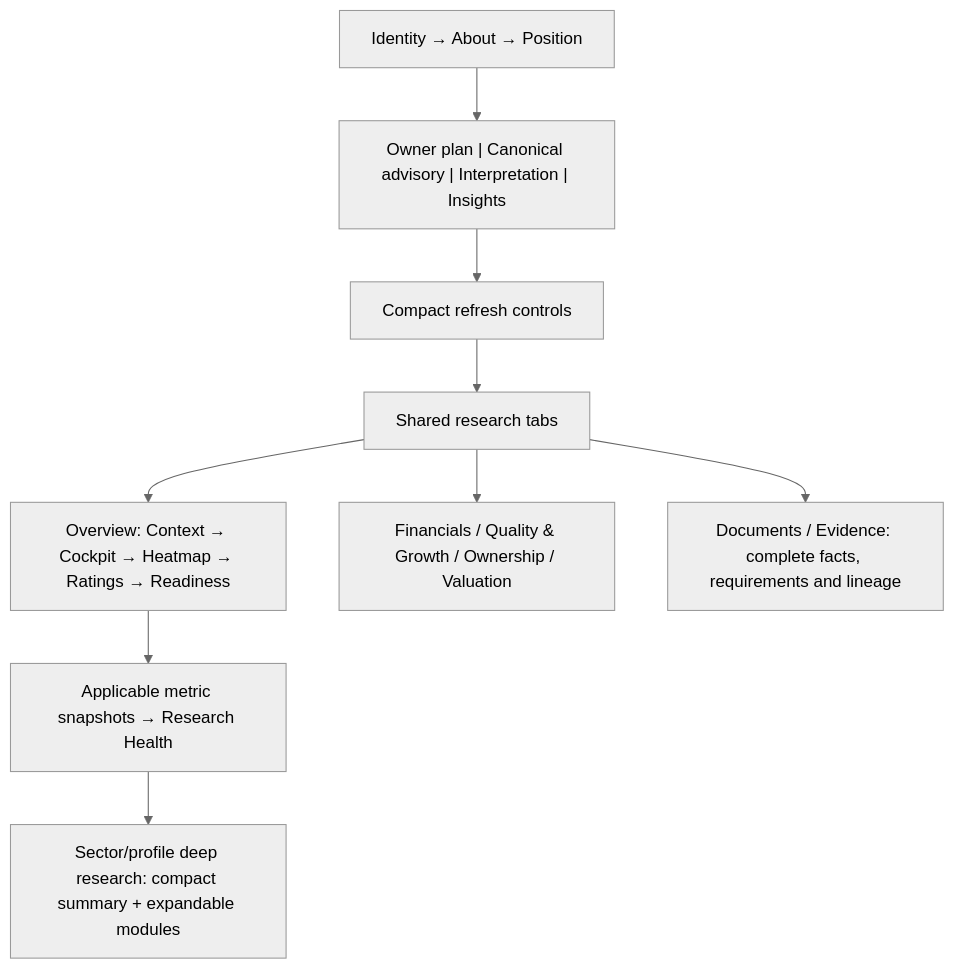
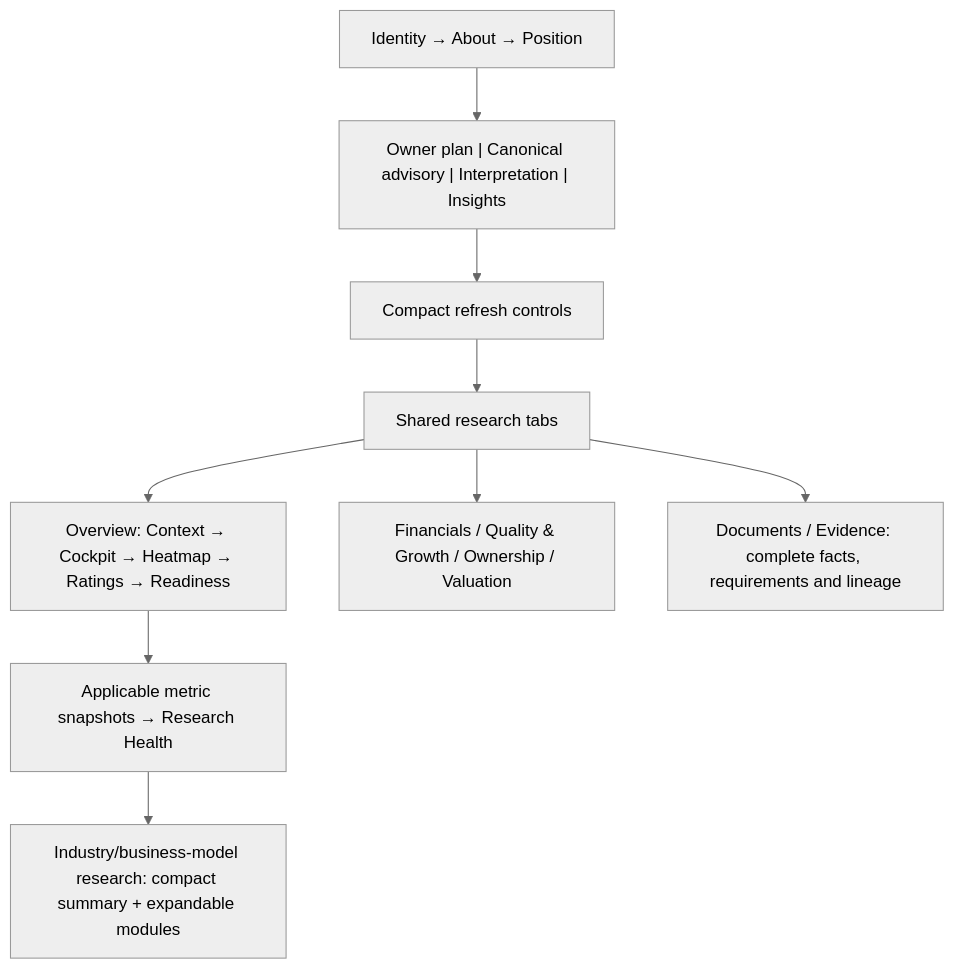
The diagram in docs/PortfolioAI_STOCK_RESEARCH_PAGE_DESIGN_PLAN_2026-10-06.md (drddutta-portfolio/PortfiolioAI), drawn with Mermaid (neutral theme) before and after one commit. The commit also changed other lines of this file and 4 other files, not shown here.

Commit message:
docs: make company research industry-first and business-model-aware

````diff
--- a/docs/PortfolioAI_STOCK_RESEARCH_PAGE_DESIGN_PLAN_2026-10-06.md
+++ b/docs/PortfolioAI_STOCK_RESEARCH_PAGE_DESIGN_PLAN_2026-10-06.md
@@ -93,11 +119,11 @@
 ```mermaid
 flowchart TD
     A["Identity → About → Position"] --> B["Owner plan | Canonical advisory | Interpretation | Insights"]
     B --> C["Compact refresh controls"]
     C --> D["Shared research tabs"]
     D --> E["Overview: Context → Cockpit → Heatmap → Ratings → Readiness"]
     E --> F["Applicable metric snapshots → Research Health"]
-    F --> G["Sector/profile deep research: compact summary + expandable modules"]
+    F --> G["Industry/business-model research: compact summary + expandable modules"]
     D --> H["Financials / Quality & Growth / Ownership / Valuation"]
     D --> I["Documents / Evidence: complete facts, requirements and lineage"]
 ```
````
